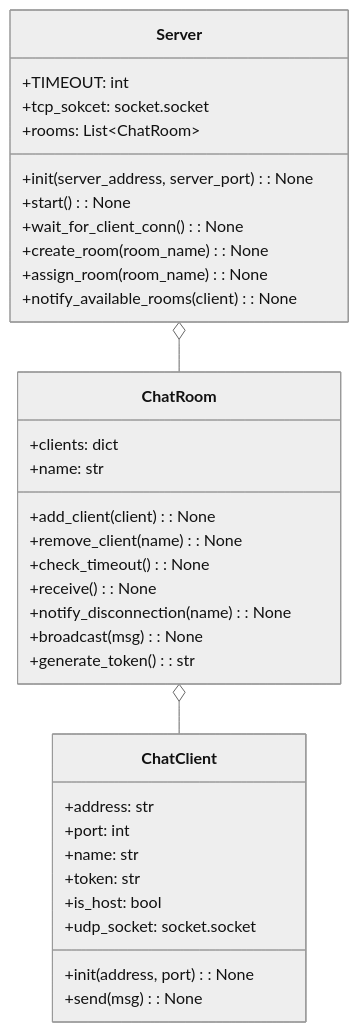
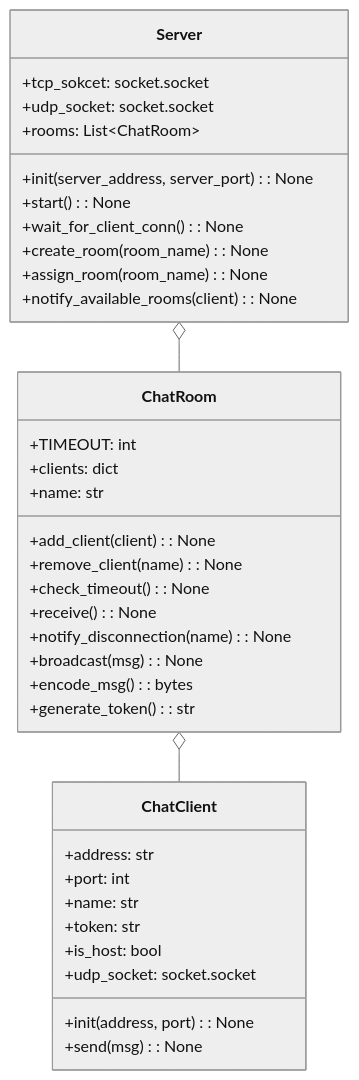
One commit to recursion-backend-team-d/online-chat-messenger changed the first of 2 diagrams in README.md. Above: the diagram before and after it, drawn with Mermaid (neutral theme). The commit also changed other lines of this file, not shown here.

Commit message:
クラス図を更新 #9

````diff
--- a/README.md
+++ b/README.md
@@ -36,42 +4,44 @@
 ```mermaid
 classDiagram
 class ChatClient {
   +address: str
   +port: int
   +name: str
   +token: str
   +is_host: bool
   +udp_socket: socket.socket
 
   +init(address, port): None
   +send(msg): None
 }
 
 class ChatRoom {
+  +TIMEOUT: int
   +clients: dict
   +name: str
 
   +add_client(client): None
   +remove_client(name): None
   +check_timeout(): None
   +receive(): None
   +notify_disconnection(name): None
   +broadcast(msg): None
+  +encode_msg(): bytes
   +generate_token(): str
 }
 
 class Server {
-  +TIMEOUT: int
   +tcp_sokcet: socket.socket
+  +udp_socket: socket.socket
   +rooms: List~ChatRoom~
 
   +init(server_address, server_port): None
   +start(): None
   +wait_for_client_conn(): None
   +create_room(room_name): None
   +assign_room(room_name): None
   +notify_available_rooms(client): None
 }
 Server o-- ChatRoom
 ChatRoom o-- ChatClient
 ```
````
